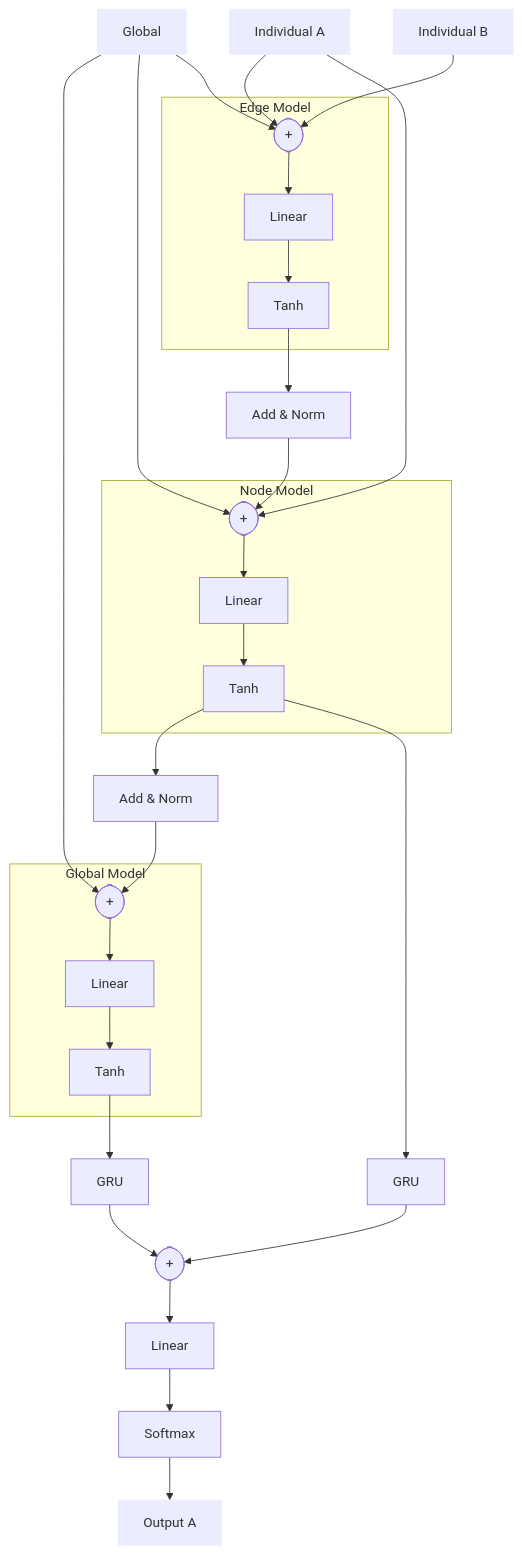
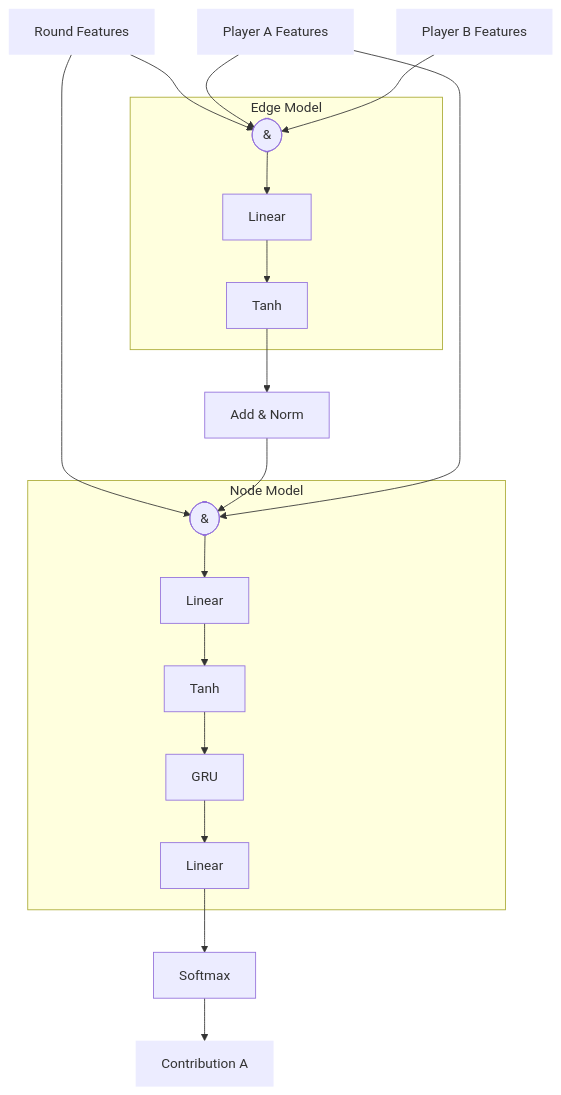
One commit to center-for-humans-and-machines/algorithmic-institutions changed the diagram in reports/artificial_humans.md. Above: the diagram before and after it, drawn with Mermaid. The commit also changed other lines of this file and 82 other files, not shown here.

````diff
--- a/reports/artificial_humans.md
+++ b/reports/artificial_humans.md
@@ -25,31 +48,24 @@
 ```mermaid
 flowchart TD
     subgraph E[Edge Model]
-        E0([+]) --> E1[Linear] --> E2[Tanh]
+        E0([&]) --> E1[Linear] --> E2[Tanh]
     end
     subgraph N[Node Model]
-        N0([+]) --> N1[Linear] --> N2[Tanh]
-    end
-    subgraph GM[Global Model]
-        G0([+]) --> G1[Linear] --> G2[Tanh]
+        N0([&]) --> N1[Linear] --> N2[Tanh] --> GRU1[GRU] --> N3[Linear]
     end
 
-G[Global] --> G0
-G[Global] --> N0
-G[Global] --> E0
-I1[Individual A] --> E0
-I2[Individual B] --> E0
-N2 --> M2[Add & Norm] --> G0
+G[Round Features] --> N0
+G --> E0
+I1[Player A Features] --> E0
+I2[Player B Features] --> E0
 E2 --> M1[Add & Norm] --> N0
-I1[Individual A] --> N0
+I1 --> N0
 
-N2 --> GRU1[GRU] --> F0([+])
-G2 --> GRU2[GRU] --> F0
-F0 --> F1[Linear] --> F2[Softmax] --> F3[Output A]
+N3 --> F2[Softmax] --> F3[Contribution A]
 
 
 style F3 stroke-width:0px
 style G stroke-width:0px
 style I1 stroke-width:0px
 style I2 stroke-width:0px
 ```
````
